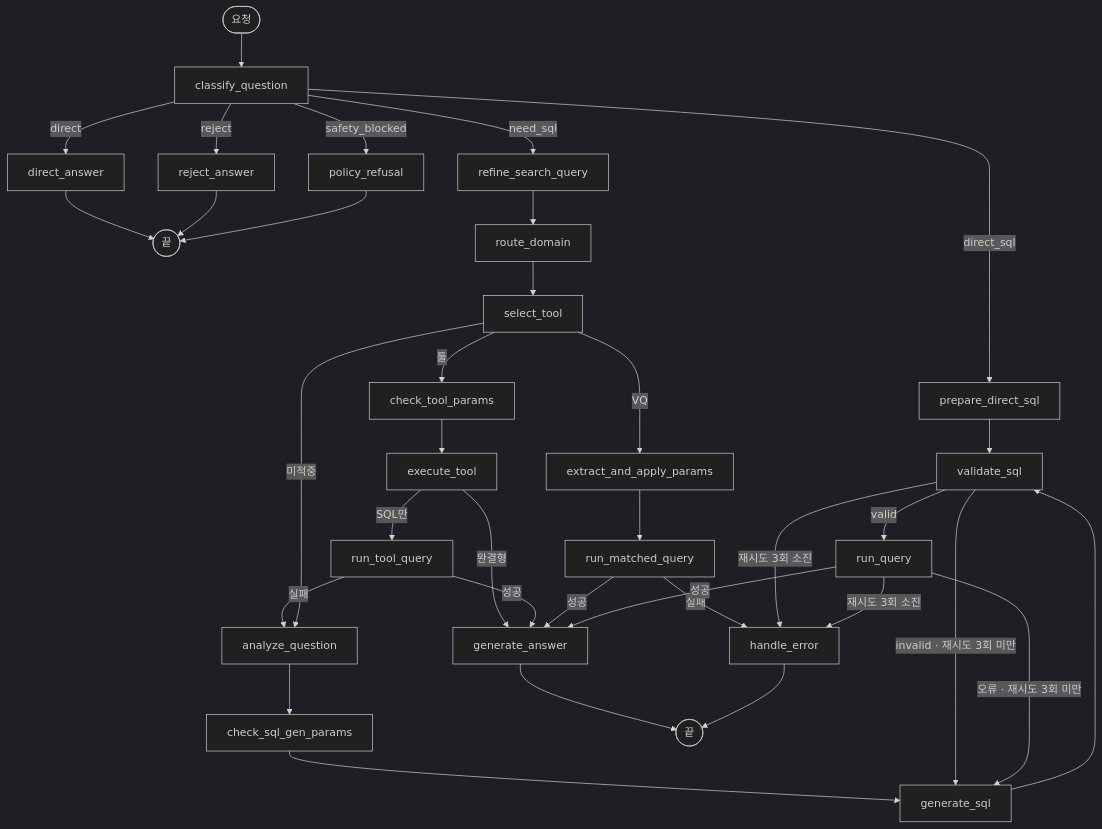
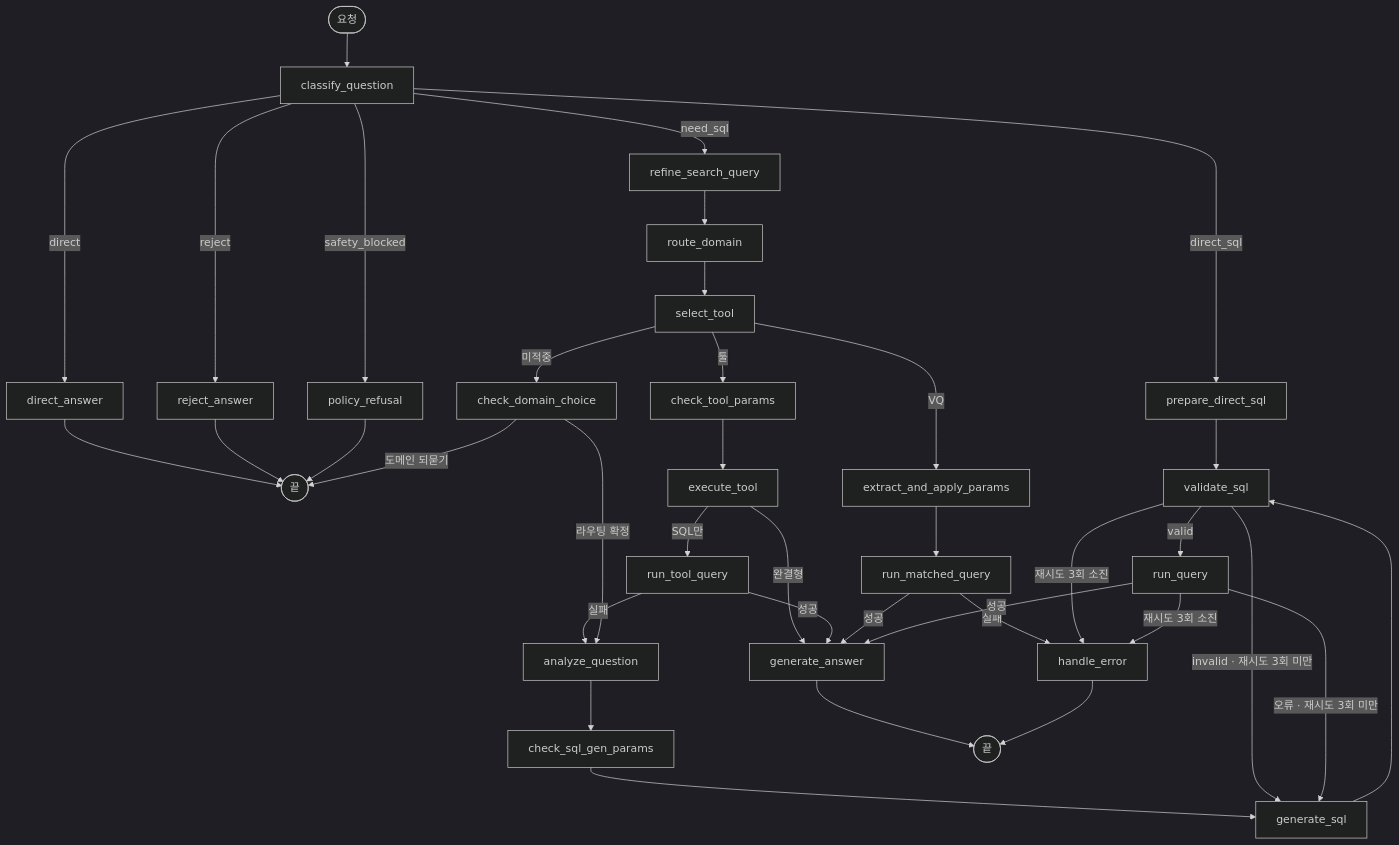
Before and after one commit to sminsu/corporate_sales: the third of 7 diagrams in docs/request-processing-flow.md, drawn with Mermaid (dark theme). The commit also changed other lines of this file, not shown here.

First line of the commit message:
Describe the flow this branch actually runs

````diff
--- a/docs/request-processing-flow.md
+++ b/docs/request-processing-flow.md
@@ -90,30 +90,32 @@
 ```mermaid
 flowchart TB
     START(["요청"]) --> CQ["classify_question"]
     CQ -->|"direct_sql"| PDS["prepare_direct_sql"]
     CQ -->|"direct"| DA["direct_answer"] --> E1(["끝"])
     CQ -->|"reject"| RA["reject_answer"] --> E1
     CQ -->|"safety_blocked"| PR["policy_refusal"] --> E1
     CQ -->|"need_sql"| RSQ["refine_search_query"] --> RD["route_domain"] --> ST["select_tool"]
 
     ST -->|"툴"| CTP["check_tool_params"] --> ET["execute_tool"]
     ET -->|"완결형"| GA["generate_answer"]
     ET -->|"SQL만"| RTQ["run_tool_query"]
     RTQ -->|"성공"| GA
     RTQ -->|"실패"| AQ["analyze_question"]
     ST -->|"VQ"| EAP["extract_and_apply_params"] --> RMQ["run_matched_query"]
     RMQ -->|"성공"| GA
     RMQ -->|"실패"| HE["handle_error"]
-    ST -->|"미적중"| AQ
+    ST -->|"미적중"| CDC["check_domain_choice"]
+    CDC -->|"라우팅 확정"| AQ
+    CDC -->|"도메인 되묻기"| E1
 
     AQ --> CSP["check_sql_gen_params"] --> GS["generate_sql"] --> VS["validate_sql"]
     PDS --> VS
     VS -->|"valid"| RQ["run_query"]
     VS -->|"invalid · 재시도 3회 미만"| GS
     VS -->|"재시도 3회 소진"| HE
     RQ -->|"성공"| GA
     RQ -->|"오류 · 재시도 3회 미만"| GS
     RQ -->|"재시도 3회 소진"| HE
     GA --> E2(["끝"])
     HE --> E2
 ```
````
